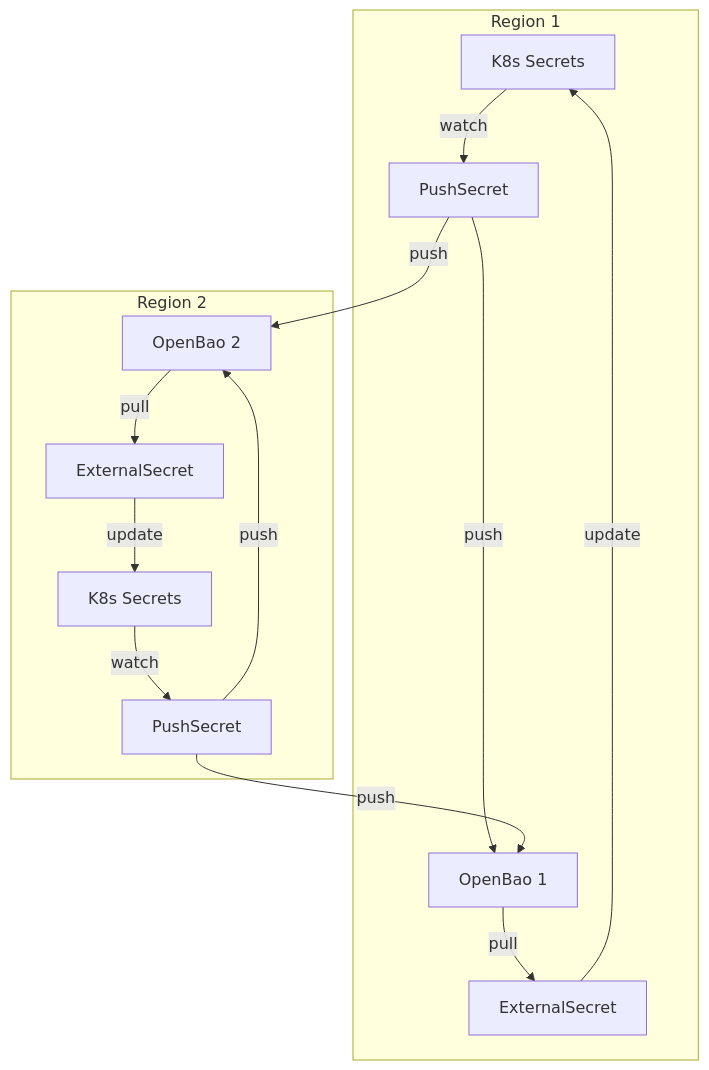
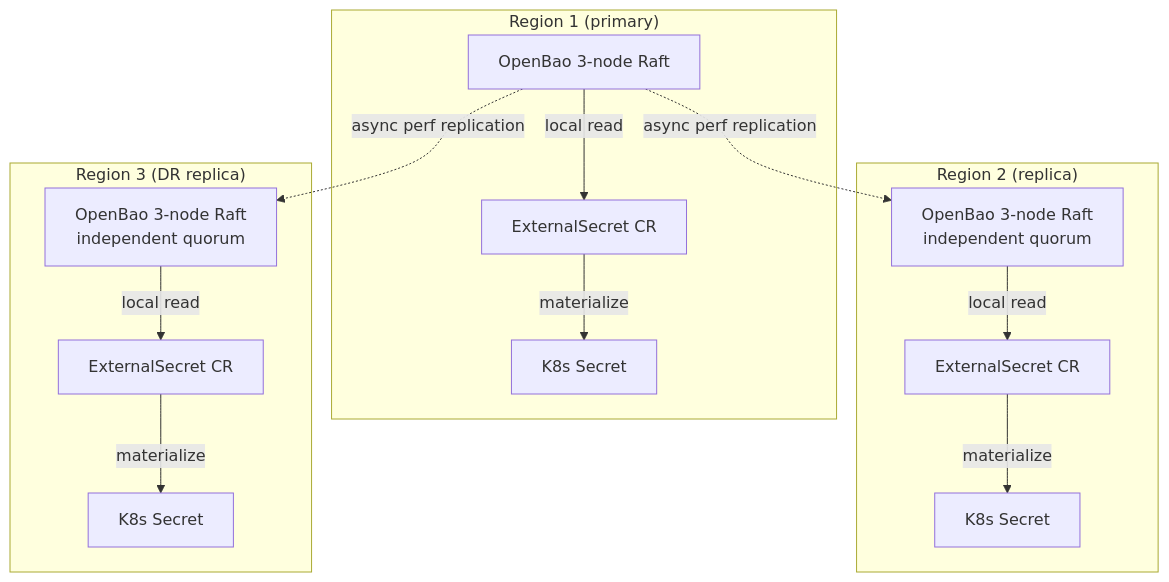
Before and after one commit to openova-io/openova: the diagram in platform/openbao/README.md, drawn with Mermaid. The commit also changed other lines of this file and 1 other file, not shown here.

````diff
--- a/platform/openbao/README.md
+++ b/platform/openbao/README.md
@@ -28,28 +28,29 @@
 ```mermaid
 flowchart TB
-    subgraph Region1["Region 1"]
-        KS1[K8s Secrets]
-        ES1[ExternalSecret]
-        PS1[PushSecret]
-        V1[OpenBao 1]
+    subgraph Region1["Region 1 (primary)"]
+        V1[OpenBao 3-node Raft]
+        ES1[ExternalSecret CR]
+        KS1[K8s Secret]
     end
 
-    subgraph Region2["Region 2"]
-        KS2[K8s Secrets]
-        ES2[ExternalSecret]
-        PS2[PushSecret]
-        V2[OpenBao 2]
+    subgraph Region2["Region 2 (replica)"]
+        V2[OpenBao 3-node Raft<br>independent quorum]
+        ES2[ExternalSecret CR]
+        KS2[K8s Secret]
     end
 
-    KS1 -->|"watch"| PS1
-    PS1 -->|"push"| V1
-    PS1 -->|"push"| V2
-    V1 -->|"pull"| ES1
-    ES1 -->|"update"| KS1
+    subgraph Region3["Region 3 (DR replica)"]
+        V3[OpenBao 3-node Raft<br>independent quorum]
+        ES3[ExternalSecret CR]
+        KS3[K8s Secret]
+    end
 
-    KS2 -->|"watch"| PS2
-    PS2 -->|"push"| V1
-    PS2 -->|"push"| V2
-    V2 -->|"pull"| ES2
-    ES2 -->|"update"| KS2
+    V1 -.->|"async perf replication"| V2
+    V1 -.->|"async perf replication"| V3
+    V1 -->|"local read"| ES1
+    V2 -->|"local read"| ES2
+    V3 -->|"local read"| ES3
+    ES1 -->|"materialize"| KS1
+    ES2 -->|"materialize"| KS2
+    ES3 -->|"materialize"| KS3
 ```
````
